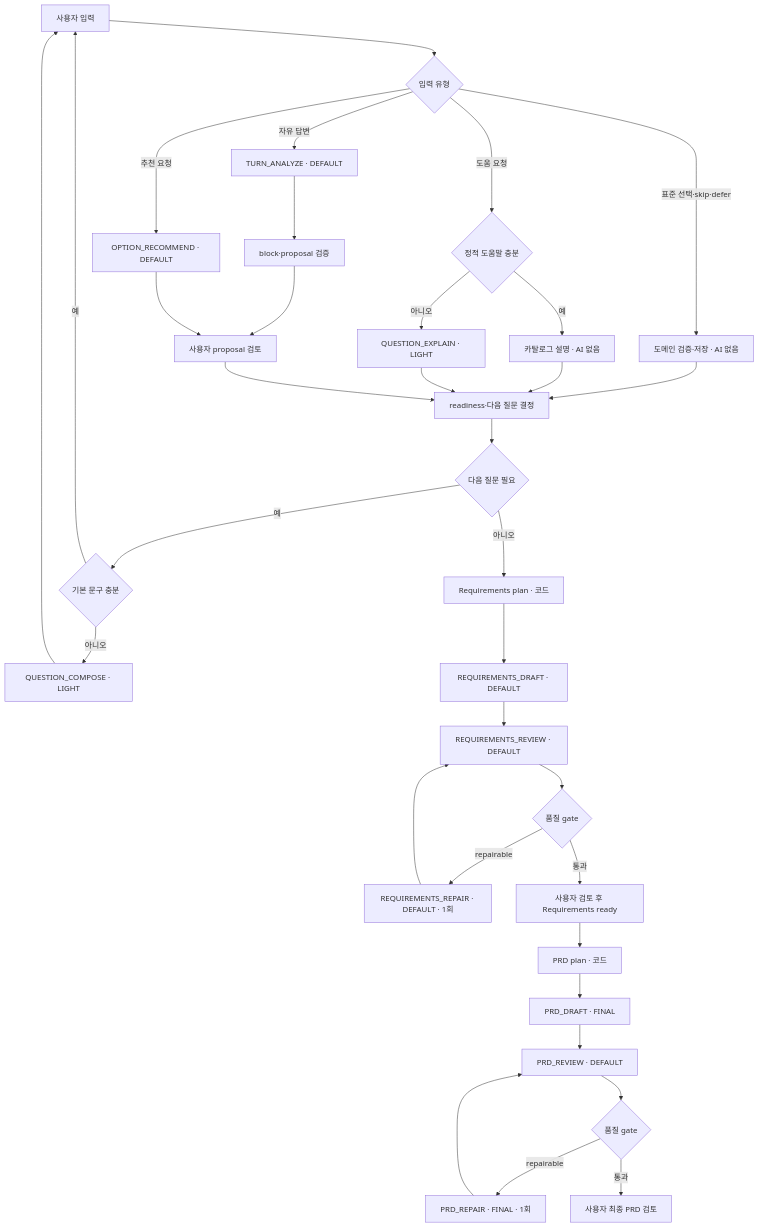
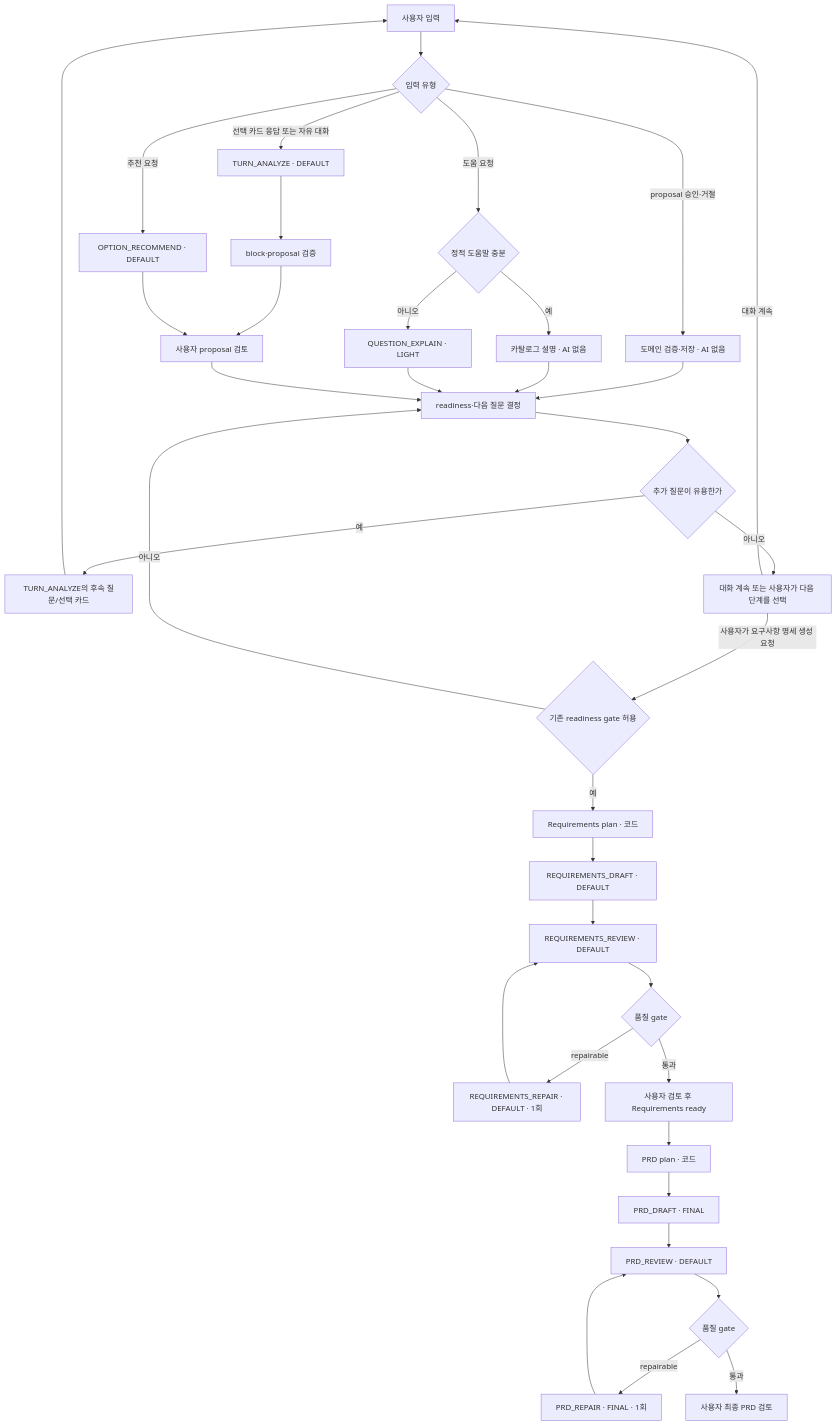
Before and after one commit to donghyunlee-dev/ai-agent-blueprint: the diagram in docs/product/12-ai-orchestration-and-model-policy.md, drawn with Mermaid. The commit also changed other lines of this file and 37 other files, not shown here.

````diff
--- a/docs/product/12-ai-orchestration-and-model-policy.md
+++ b/docs/product/12-ai-orchestration-and-model-policy.md
@@ -81,36 +81,38 @@
 ```mermaid
 flowchart TD
     A[사용자 입력] --> B{입력 유형}
-    B -- 표준 선택·skip·defer --> C[도메인 검증·저장 · AI 없음]
-    B -- 자유 답변 --> D[TURN_ANALYZE · DEFAULT]
+    B -- 선택 카드 응답 또는 자유 대화 --> D[TURN_ANALYZE · DEFAULT]
+    B -- proposal 승인·거절 --> C[도메인 검증·저장 · AI 없음]
     B -- 도움 요청 --> E{정적 도움말 충분}
     E -- 예 --> F[카탈로그 설명 · AI 없음]
     E -- 아니오 --> G[QUESTION_EXPLAIN · LIGHT]
     B -- 추천 요청 --> H[OPTION_RECOMMEND · DEFAULT]
     C --> I[readiness·다음 질문 결정]
     D --> J[block·proposal 검증]
     J --> K[사용자 proposal 검토]
     H --> K
     F --> I
     G --> I
     K --> I
-    I --> L{다음 질문 필요}
-    L -- 예 --> M{기본 문구 충분}
-    M -- 예 --> A
-    M -- 아니오 --> N[QUESTION_COMPOSE · LIGHT]
-    N --> A
-    L -- 아니오 --> O[Requirements plan · 코드]
-    O --> P[REQUIREMENTS_DRAFT · DEFAULT]
-    P --> Q[REQUIREMENTS_REVIEW · DEFAULT]
-    Q --> R{품질 gate}
-    R -- repairable --> S[REQUIREMENTS_REPAIR · DEFAULT · 1회]
-    S --> Q
-    R -- 통과 --> T[사용자 검토 후 Requirements ready]
-    T --> U[PRD plan · 코드]
-    U --> V[PRD_DRAFT · FINAL]
-    V --> W[PRD_REVIEW · DEFAULT]
-    W --> X{품질 gate}
-    X -- repairable --> Y[PRD_REPAIR · FINAL · 1회]
-    Y --> W
-    X -- 통과 --> Z[사용자 최종 PRD 검토]
+    I --> L{추가 질문이 유용한가}
+    L -- 예 --> M[TURN_ANALYZE의 후속 질문/선택 카드]
+    M --> A
+    L -- 아니오 --> N[대화 계속 또는 사용자가 다음 단계를 선택]
+    N -- 대화 계속 --> A
+    N -- 사용자가 요구사항 명세 생성 요청 --> O{기존 readiness gate 허용}
+    O -- 아니오 --> I
+    O -- 예 --> P[Requirements plan · 코드]
+    P --> Q[REQUIREMENTS_DRAFT · DEFAULT]
+    Q --> R[REQUIREMENTS_REVIEW · DEFAULT]
+    R --> S{품질 gate}
+    S -- repairable --> T[REQUIREMENTS_REPAIR · DEFAULT · 1회]
+    T --> R
+    S -- 통과 --> U[사용자 검토 후 Requirements ready]
+    U --> V[PRD plan · 코드]
+    V --> W[PRD_DRAFT · FINAL]
+    W --> X[PRD_REVIEW · DEFAULT]
+    X --> Y{품질 gate}
+    Y -- repairable --> Z[PRD_REPAIR · FINAL · 1회]
+    Z --> X
+    Y -- 통과 --> AA[사용자 최종 PRD 검토]
 ```
````
